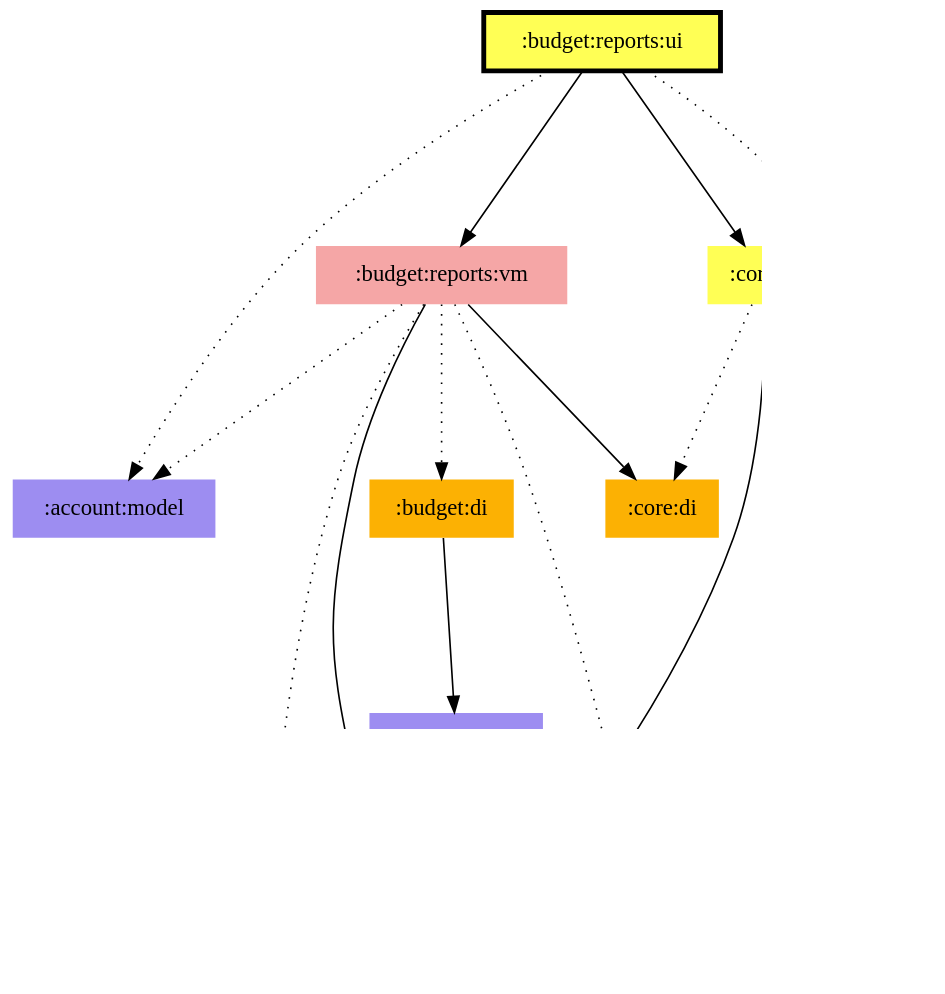
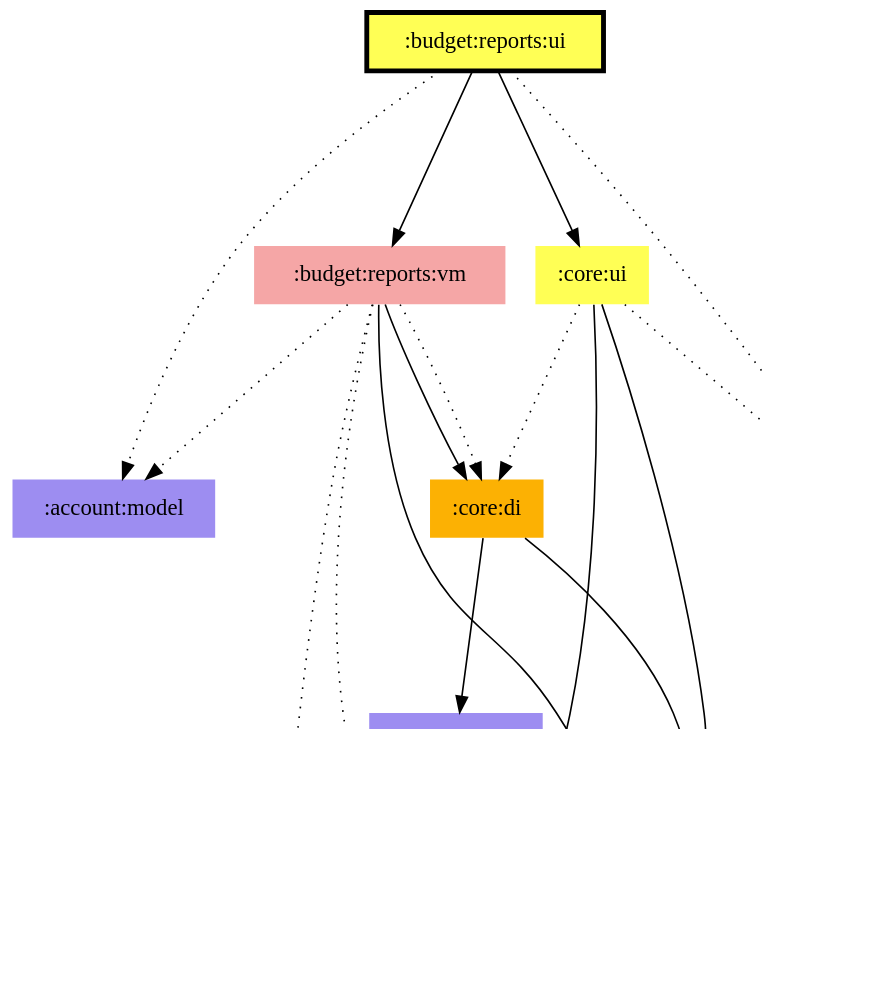
One commit to jonapoul/aktual changed the diagram in modules/budget/reports/ui/modules.dot. Above: the diagram before and after it, drawn with Graphviz. The commit also changed 101 other files, not shown here.

Commit message:
budget:di -> core:di

```diff
--- a/modules/budget/reports/ui/modules.dot
+++ b/modules/budget/reports/ui/modules.dot
@@ -1,34 +1,34 @@
 digraph {
 edge ["dir"="forward"]
 graph ["dpi"="100","fontsize"="30","ranksep"="1.5","rankdir"="TB"]
 node ["style"="filled"]
 ":account:model" ["fillcolor"="#9D8DF1","shape"="none"]
 ":budget:data" ["fillcolor"="#9D8DF1","shape"="none"]
-":budget:di" ["fillcolor"="#FCB103","shape"="none"]
 ":budget:model" ["fillcolor"="#9D8DF1","shape"="none"]
 ":budget:reports:ui" ["fillcolor"="#FFFF55","color"="black","penwidth"="3","shape"="box"]
 ":budget:reports:vm" ["fillcolor"="#F5A6A6","shape"="none"]
 ":core:di" ["fillcolor"="#FCB103","shape"="none"]
 ":core:model" ["fillcolor"="#9D8DF1","shape"="none"]
 ":core:ui" ["fillcolor"="#FFFF55","shape"="none"]
 ":l10n" ["fillcolor"="#9D8DF1","shape"="none"]
 ":logging" ["fillcolor"="#9D8DF1","shape"="none"]
 ":budget:data" -> ":budget:model"
 ":budget:data" -> ":core:model"
 ":budget:data" -> ":logging" ["style"="dotted"]
-":budget:di" -> ":budget:data"
 ":budget:reports:ui" -> ":account:model" ["style"="dotted"]
 ":budget:reports:ui" -> ":budget:reports:vm"
 ":budget:reports:ui" -> ":core:ui"
 ":budget:reports:ui" -> ":l10n" ["style"="dotted"]
 ":budget:reports:vm" -> ":account:model" ["style"="dotted"]
-":budget:reports:vm" -> ":budget:di" ["style"="dotted"]
 ":budget:reports:vm" -> ":budget:model"
 ":budget:reports:vm" -> ":core:di"
+":budget:reports:vm" -> ":core:di" ["style"="dotted"]
 ":budget:reports:vm" -> ":core:model" ["style"="dotted"]
 ":budget:reports:vm" -> ":logging" ["style"="dotted"]
+":core:di" -> ":budget:data"
+":core:di" -> ":budget:model"
 ":core:ui" -> ":budget:model"
 ":core:ui" -> ":core:di" ["style"="dotted"]
 ":core:ui" -> ":core:model"
 ":core:ui" -> ":l10n" ["style"="dotted"]
 }
```
